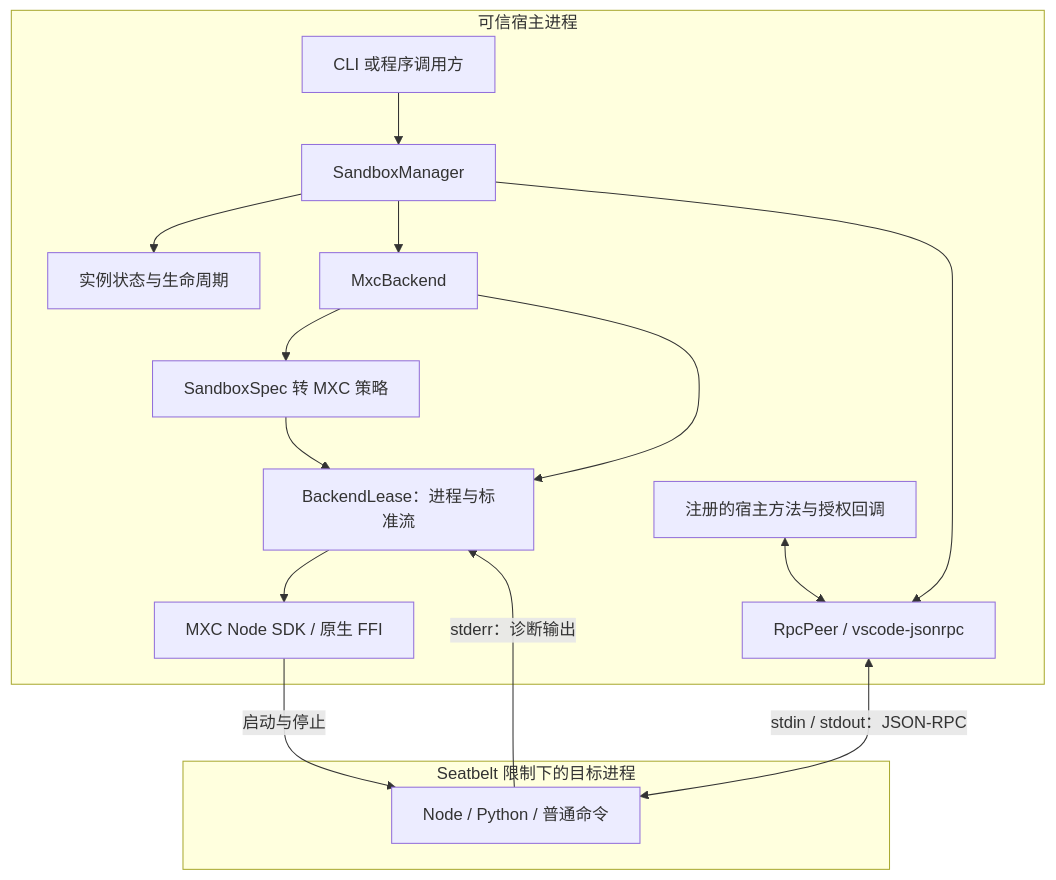
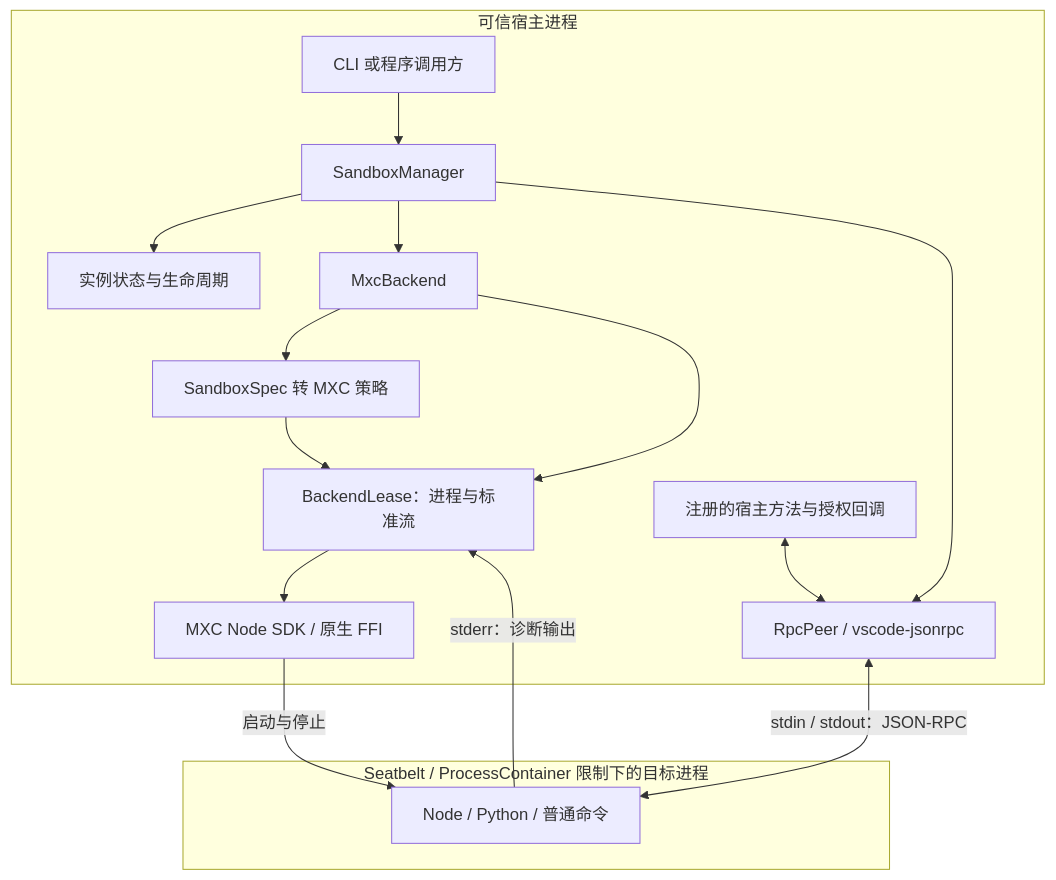
The first of 2 diagrams in docs/sandbox/architecture.md (CherryHQ/cherry-studio), drawn with Mermaid before and after one commit. The commit also changed other lines of this file and 25 other files, not shown here.

````diff
--- a/docs/sandbox/architecture.md
+++ b/docs/sandbox/architecture.md
@@ -25,20 +30,20 @@
 ```mermaid
 flowchart TB
     subgraph Host[可信宿主进程]
         Caller[CLI 或程序调用方] --> Manager[SandboxManager]
         Manager --> Instance[实例状态与生命周期]
         Manager --> Backend[MxcBackend]
         Backend --> Policy[SandboxSpec 转 MXC 策略]
         Backend --> Lease[BackendLease：进程与标准流]
         Policy --> Lease
         Lease --> SDK[MXC Node SDK / 原生 FFI]
         Manager --> RPC[RpcPeer / vscode-jsonrpc]
         Methods[注册的宿主方法与授权回调] <--> RPC
     end
-    subgraph Target[Seatbelt 限制下的目标进程]
+    subgraph Target[Seatbelt / ProcessContainer 限制下的目标进程]
         Guest[Node / Python / 普通命令]
     end
     SDK -->|启动与停止| Guest
     RPC <-->|stdin / stdout：JSON-RPC| Guest
     Guest -->|stderr：诊断输出| Lease
 ```
````
